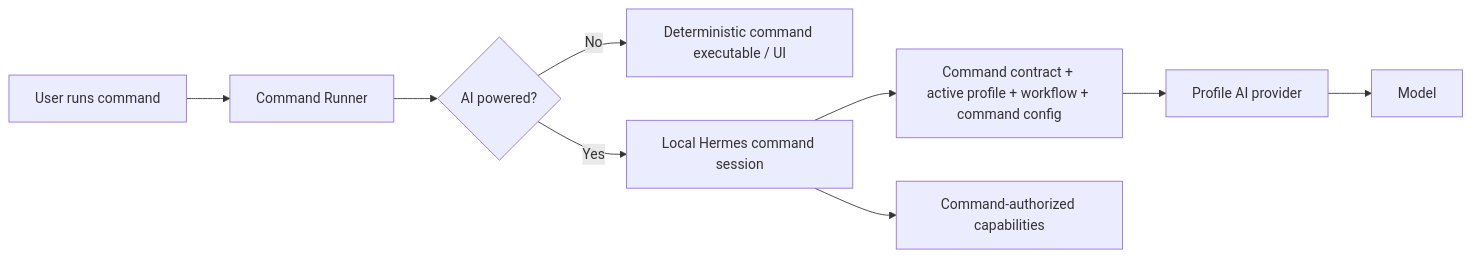
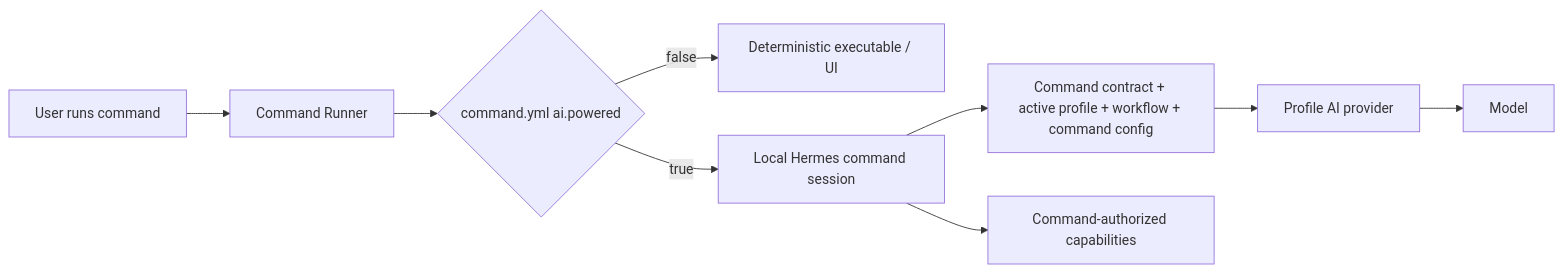
Before and after one commit to starodubtsevconsulting/ai-fleas: the diagram in ai-commands/commands.md, drawn with Mermaid. The commit also changed other lines of this file, not shown here.

Commit message:
Require AI-powered flag on every command

````diff
--- a/ai-commands/commands.md
+++ b/ai-commands/commands.md
@@ -45,11 +47,11 @@
 ```mermaid
 flowchart LR
   User["User runs command"] --> Runner["Command Runner"]
-  Runner --> Mode{"AI powered?"}
-  Mode -->|No| Exec["Deterministic command executable / UI"]
-  Mode -->|Yes| Hermes["Local Hermes command session"]
+  Runner --> Mode{"command.yml ai.powered"}
+  Mode -->|false| Exec["Deterministic executable / UI"]
+  Mode -->|true| Hermes["Local Hermes command session"]
   Hermes --> Context["Command contract + active profile + workflow + command config"]
   Context --> Provider["Profile AI provider"]
   Provider --> Model["Model"]
   Hermes --> Capability["Command-authorized capabilities"]
 ```
````
